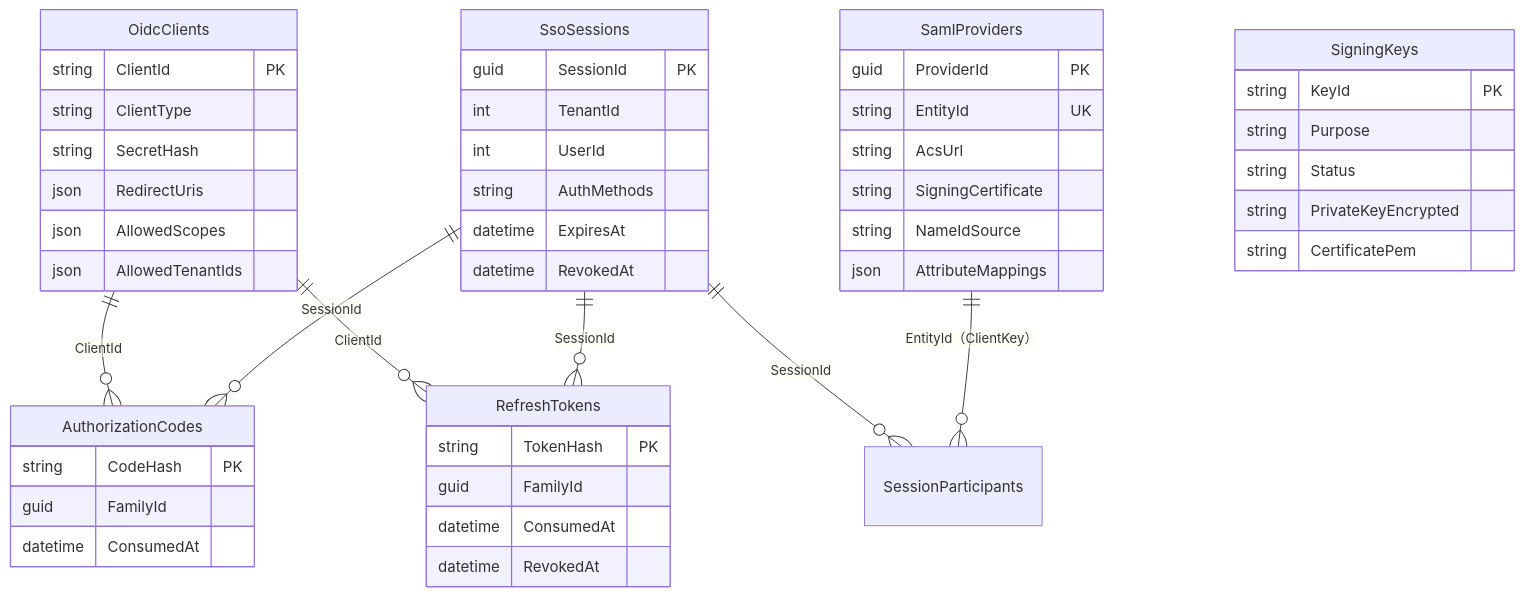
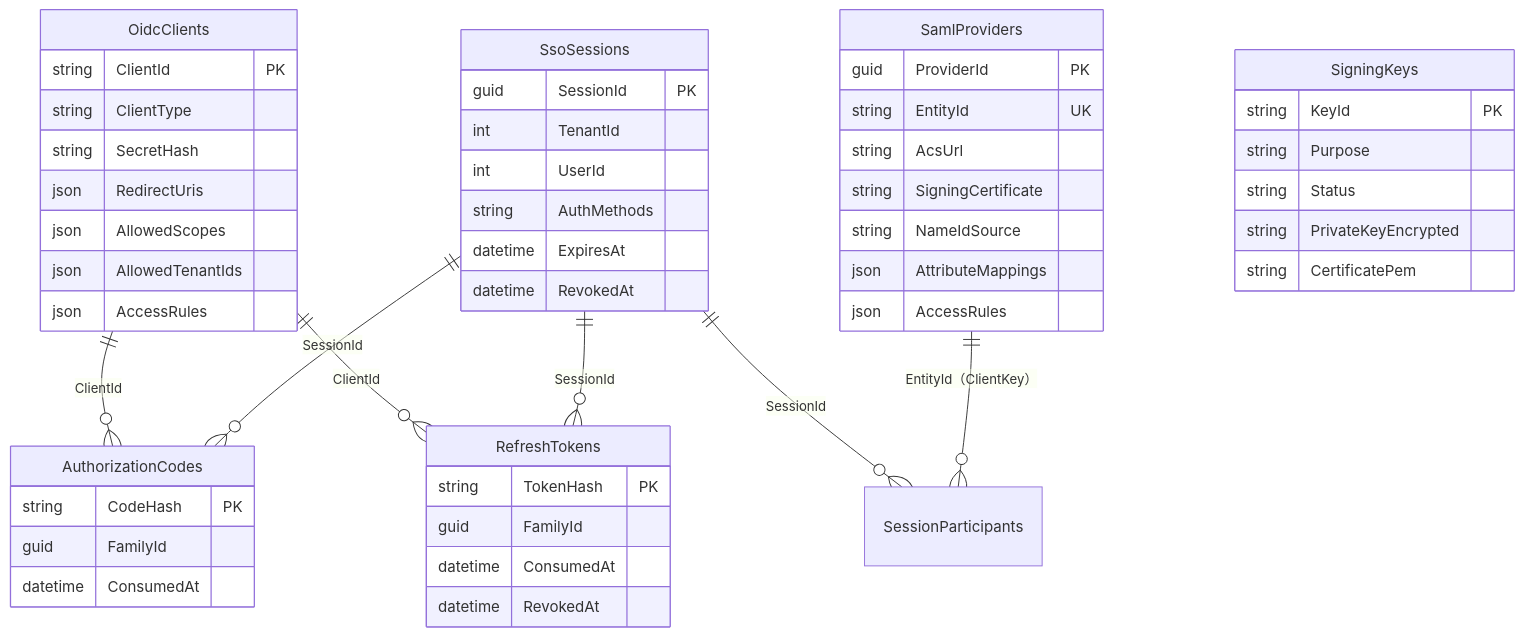
One commit to vehiclevisionjp/VehicleVision.PleasanterTools.IdentityProvider changed the diagram in _documents/データモデル設計.md. Above: the diagram before and after it, drawn with Mermaid. The commit also changed 54 other files, not shown here.

````diff
--- a/_documents/データモデル設計.md
+++ b/_documents/データモデル設計.md
@@ -7,51 +7,53 @@
 ```mermaid
 erDiagram
     OidcClients ||--o{ AuthorizationCodes : "ClientId"
     OidcClients ||--o{ RefreshTokens : "ClientId"
     SsoSessions ||--o{ AuthorizationCodes : "SessionId"
     SsoSessions ||--o{ RefreshTokens : "SessionId"
     SsoSessions ||--o{ SessionParticipants : "SessionId"
     SamlProviders ||--o{ SessionParticipants : "EntityId（ClientKey）"
     OidcClients {
         string ClientId PK
         string ClientType
         string SecretHash
         json RedirectUris
         json AllowedScopes
         json AllowedTenantIds
+        json AccessRules
     }
     SamlProviders {
         guid ProviderId PK
         string EntityId UK
         string AcsUrl
         string SigningCertificate
         string NameIdSource
         json AttributeMappings
+        json AccessRules
     }
     SigningKeys {
         string KeyId PK
         string Purpose
         string Status
         string PrivateKeyEncrypted
         string CertificatePem
     }
     SsoSessions {
         guid SessionId PK
         int TenantId
         int UserId
         string AuthMethods
         datetime ExpiresAt
         datetime RevokedAt
     }
     AuthorizationCodes {
         string CodeHash PK
         guid FamilyId
         datetime ConsumedAt
     }
     RefreshTokens {
         string TokenHash PK
         guid FamilyId
         datetime ConsumedAt
         datetime RevokedAt
     }
 ```
````
